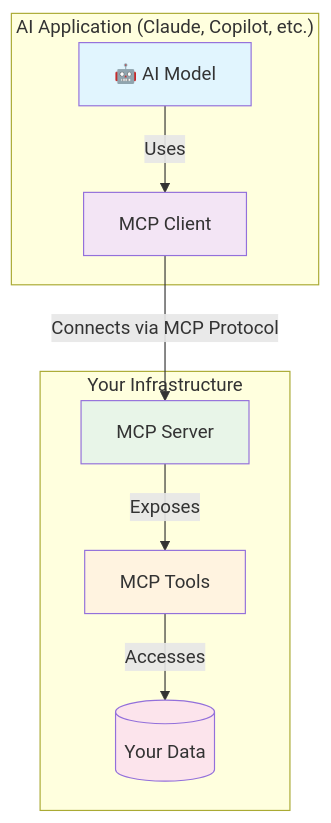
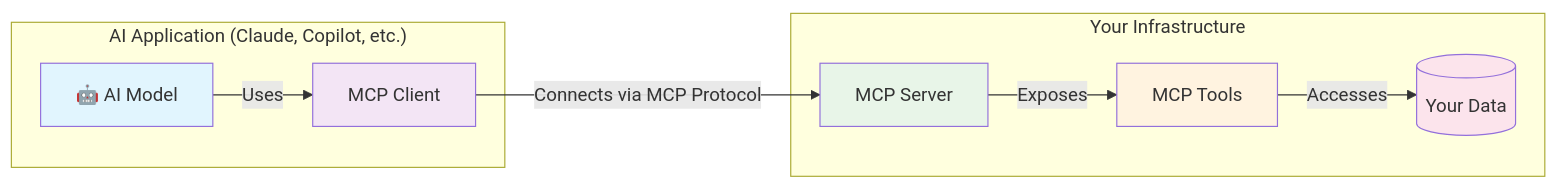
One commit to bassem-elsodany/mcp_excel_server changed the first of 7 diagrams in mcp_article.md. Above: the diagram before and after it, drawn with Mermaid. The commit also changed other lines of this file, not shown here.

````diff
--- a/mcp_article.md
+++ b/mcp_article.md
@@ -26,24 +26,24 @@
 ```mermaid
-graph TB
+graph LR
     subgraph "AI Application (Claude, Copilot, etc.)"
         AI[🤖 AI Model]
         Client[MCP Client]
     end
     
     subgraph "Your Infrastructure"
         Server[MCP Server]
         Tools[MCP Tools]
         Data[(Your Data)]
     end
     
     AI -->|"Uses"| Client
     Client -->|"Connects via MCP Protocol"| Server
     Server -->|"Exposes"| Tools
     Tools -->|"Accesses"| Data
     
     style AI fill:#e1f5fe
     style Client fill:#f3e5f5
     style Server fill:#e8f5e8
     style Tools fill:#fff3e0
     style Data fill:#fce4ec
 ```
````
